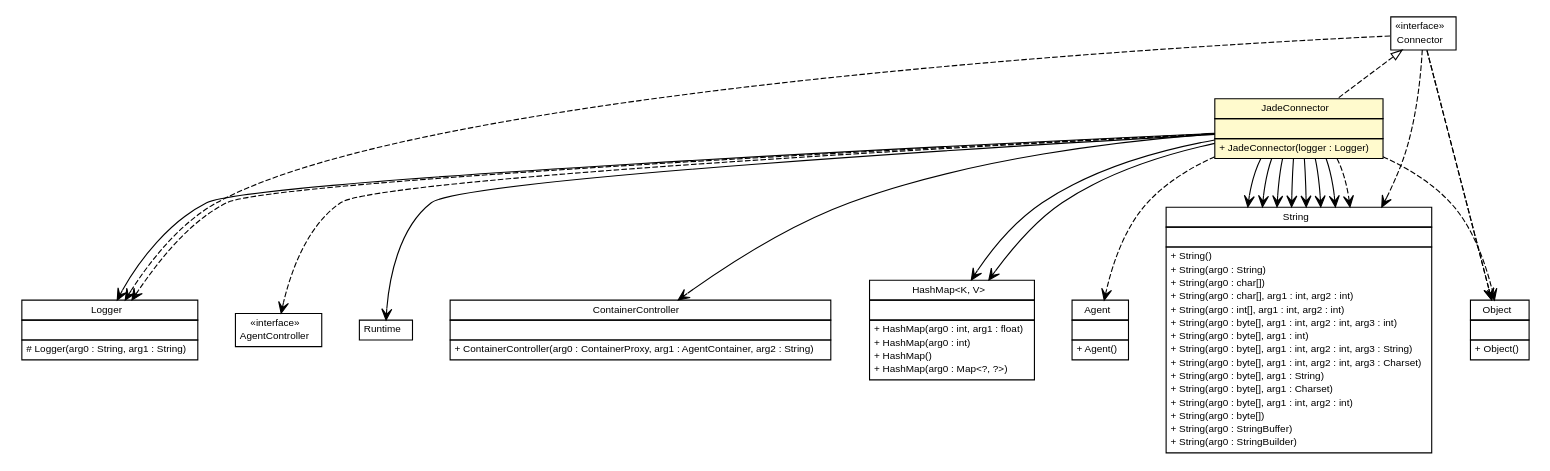
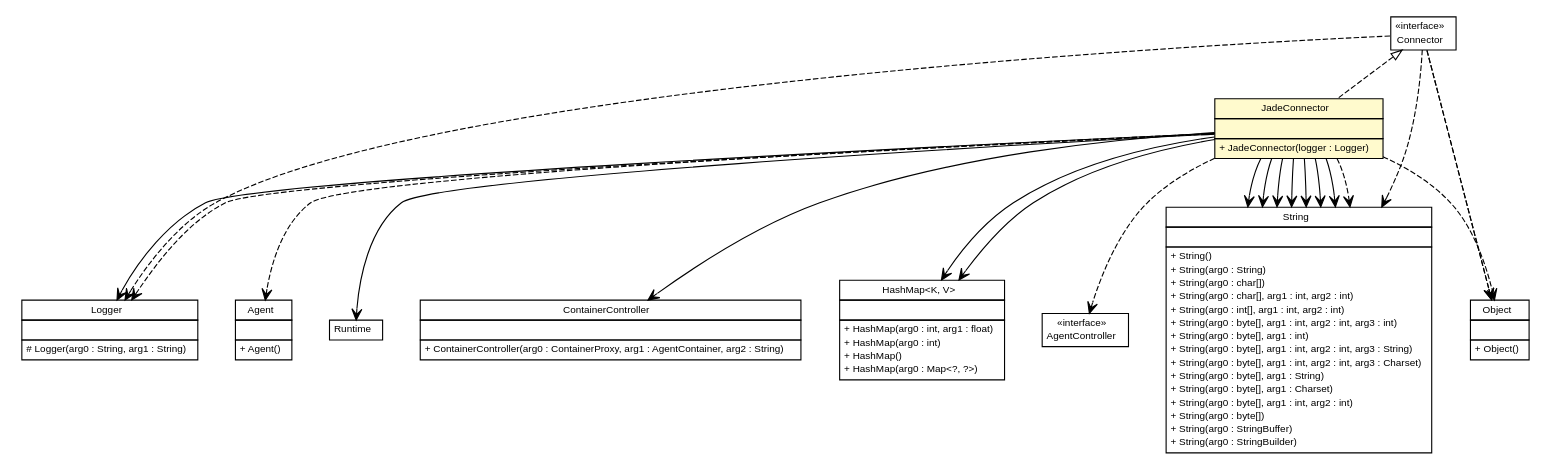
One commit to gsi-upm/BeastTool changed the diagram in apidocs/es/upm/dit/gsi/beast/platform/jade/JadeConnector.dot. Above: the diagram before and after it, drawn with Graphviz. The commit also changed 418 other files, not shown here.

```diff
--- a/apidocs/es/upm/dit/gsi/beast/platform/jade/JadeConnector.dot
+++ b/apidocs/es/upm/dit/gsi/beast/platform/jade/JadeConnector.dot
@@ -54,23 +54,23 @@
 	c1809:p -> c1829:p [taillabel="", label="", headlabel="", fontname="arial", fontcolor="black", fontsize=10.0, color="black", arrowhead=open];
 	// es.upm.dit.gsi.beast.platform.jade.JadeConnector NAVASSOC java.lang.String
 	c1809:p -> c1829:p [taillabel="", label="", headlabel="", fontname="arial", fontcolor="black", fontsize=10.0, color="black", arrowhead=open];
-	// es.upm.dit.gsi.beast.platform.Connector DEPEND java.lang.Object
-	c1805:p -> c1830:p [taillabel="", label="", headlabel="", fontname="arial", fontcolor="black", fontsize=10.0, color="black", arrowhead=open, style=dashed];
 	// es.upm.dit.gsi.beast.platform.Connector DEPEND java.lang.String
 	c1805:p -> c1829:p [taillabel="", label="", headlabel="", fontname="arial", fontcolor="black", fontsize=10.0, color="black", arrowhead=open, style=dashed];
 	// es.upm.dit.gsi.beast.platform.Connector DEPEND java.util.logging.Logger
 	c1805:p -> c1825:p [taillabel="", label="", headlabel="", fontname="arial", fontcolor="black", fontsize=10.0, color="black", arrowhead=open, style=dashed];
 	// es.upm.dit.gsi.beast.platform.Connector DEPEND java.lang.Object
 	c1805:p -> c1830:p [taillabel="", label="", headlabel="", fontname="arial", fontcolor="black", fontsize=10.0, color="black", arrowhead=open, style=dashed];
+	// es.upm.dit.gsi.beast.platform.Connector DEPEND java.lang.Object
+	c1805:p -> c1830:p [taillabel="", label="", headlabel="", fontname="arial", fontcolor="black", fontsize=10.0, color="black", arrowhead=open, style=dashed];
 	// es.upm.dit.gsi.beast.platform.jade.JadeConnector DEPEND java.lang.String
 	c1809:p -> c1829:p [taillabel="", label="", headlabel="", fontname="arial", fontcolor="black", fontsize=10.0, color="black", arrowhead=open, style=dashed];
-	// es.upm.dit.gsi.beast.platform.jade.JadeConnector DEPEND jade.core.Agent
-	c1809:p -> c1831:p [taillabel="", label="", headlabel="", fontname="arial", fontcolor="black", fontsize=10.0, color="black", arrowhead=open, style=dashed];
 	// es.upm.dit.gsi.beast.platform.jade.JadeConnector DEPEND java.lang.Object
 	c1809:p -> c1830:p [taillabel="", label="", headlabel="", fontname="arial", fontcolor="black", fontsize=10.0, color="black", arrowhead=open, style=dashed];
 	// es.upm.dit.gsi.beast.platform.jade.JadeConnector DEPEND java.util.logging.Logger
 	c1809:p -> c1825:p [taillabel="", label="", headlabel="", fontname="arial", fontcolor="black", fontsize=10.0, color="black", arrowhead=open, style=dashed];
 	// es.upm.dit.gsi.beast.platform.jade.JadeConnector DEPEND jade.wrapper.AgentController
+	c1809:p -> c1831:p [taillabel="", label="", headlabel="", fontname="arial", fontcolor="black", fontsize=10.0, color="black", arrowhead=open, style=dashed];
+	// es.upm.dit.gsi.beast.platform.jade.JadeConnector DEPEND jade.core.Agent
 	c1809:p -> c1832:p [taillabel="", label="", headlabel="", fontname="arial", fontcolor="black", fontsize=10.0, color="black", arrowhead=open, style=dashed];
 	// jade.core.Runtime
 	c1826 [label=<<table title="jade.core.Runtime" border="0" cellborder="1" cellspacing="0" cellpadding="2" port="p" href="http://java.sun.com/j2se/1.4.2/docs/api/jade/core/Runtime.html">
@@ -94,7 +94,7 @@
 		</table></td></tr>
 		</table>>, fontname="arial", fontcolor="black", fontsize=9.0];
 	// jade.core.Agent
-	c1831 [label=<<table title="jade.core.Agent" border="0" cellborder="1" cellspacing="0" cellpadding="2" port="p" href="http://java.sun.com/j2se/1.4.2/docs/api/jade/core/Agent.html">
+	c1832 [label=<<table title="jade.core.Agent" border="0" cellborder="1" cellspacing="0" cellpadding="2" port="p" href="http://java.sun.com/j2se/1.4.2/docs/api/jade/core/Agent.html">
 		<tr><td><table border="0" cellspacing="0" cellpadding="1">
 <tr><td align="center" balign="center"> Agent </td></tr>
 		</table></td></tr>
@@ -130,7 +130,7 @@
 		</table></td></tr>
 		</table>>, fontname="arial", fontcolor="black", fontsize=9.0];
 	// jade.wrapper.AgentController
-	c1832 [label=<<table title="jade.wrapper.AgentController" border="0" cellborder="1" cellspacing="0" cellpadding="2" port="p" href="http://java.sun.com/j2se/1.4.2/docs/api/jade/wrapper/AgentController.html">
+	c1831 [label=<<table title="jade.wrapper.AgentController" border="0" cellborder="1" cellspacing="0" cellpadding="2" port="p" href="http://java.sun.com/j2se/1.4.2/docs/api/jade/wrapper/AgentController.html">
 		<tr><td><table border="0" cellspacing="0" cellpadding="1">
 <tr><td align="center" balign="center"> &#171;interface&#187; </td></tr>
 <tr><td align="center" balign="center"> AgentController </td></tr>
```
